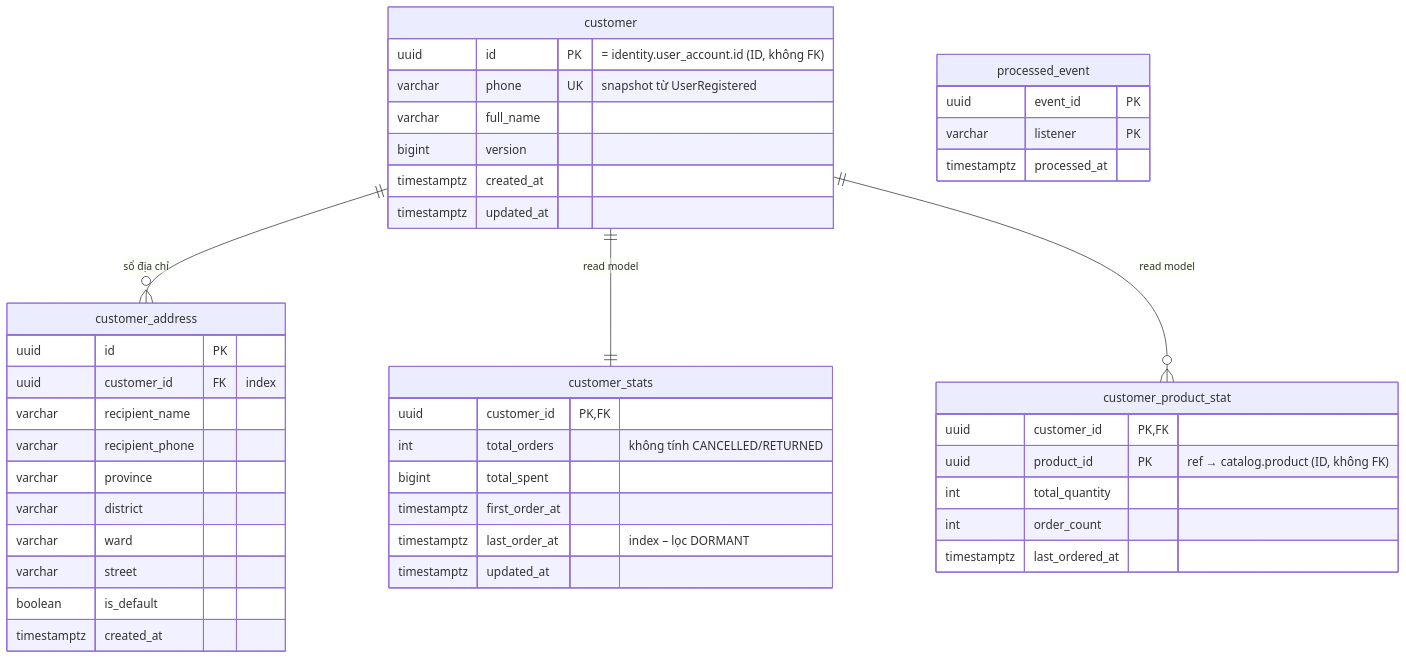
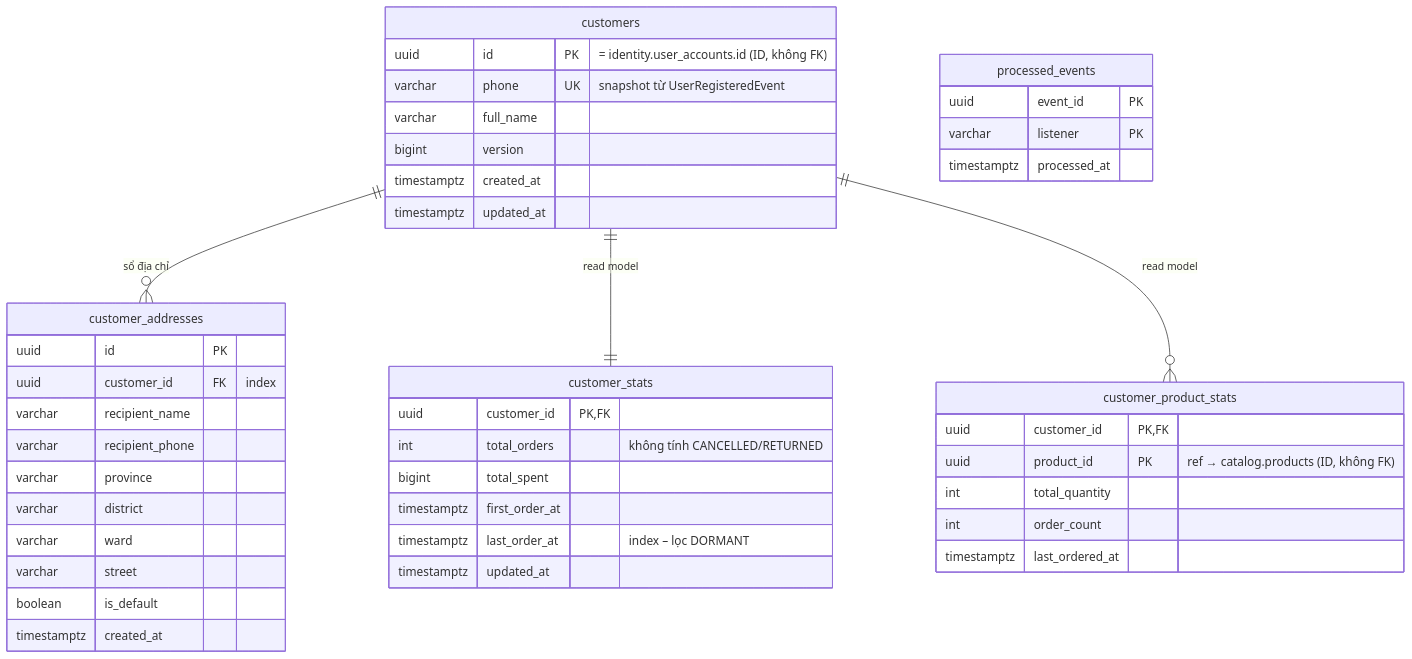
Before and after one commit to Vietnguyen203/Hwingroupweb: the fourth of 6 diagrams in docs/02-erd.md, drawn with Mermaid. The commit also changed other lines of this file and 415 other files, not shown here.

````diff
--- a/docs/02-erd.md
+++ b/docs/02-erd.md
@@ -271,51 +271,51 @@
 ```mermaid
 erDiagram
-    customer ||--o{ customer_address : "sổ địa chỉ"
-    customer ||--|| customer_stats : "read model"
-    customer ||--o{ customer_product_stat : "read model"
+    customers ||--o{ customer_addresses : "sổ địa chỉ"
+    customers ||--|| customer_stats : "read model"
+    customers ||--o{ customer_product_stats : "read model"
 
-    customer {
-        uuid id PK "= identity.user_account.id (ID, không FK)"
-        varchar phone UK "snapshot từ UserRegistered"
+    customers {
+        uuid id PK "= identity.user_accounts.id (ID, không FK)"
+        varchar phone UK "snapshot từ UserRegisteredEvent"
         varchar full_name
         bigint version
         timestamptz created_at
         timestamptz updated_at
     }
 
-    customer_address {
+    customer_addresses {
         uuid id PK
         uuid customer_id FK "index"
         varchar recipient_name
         varchar recipient_phone
         varchar province
         varchar district
         varchar ward
         varchar street
         boolean is_default
         timestamptz created_at
     }
 
     customer_stats {
         uuid customer_id PK, FK
         int total_orders "không tính CANCELLED/RETURNED"
         bigint total_spent
         timestamptz first_order_at
         timestamptz last_order_at "index – lọc DORMANT"
         timestamptz updated_at
     }
 
-    customer_product_stat {
+    customer_product_stats {
         uuid customer_id PK, FK
-        uuid product_id PK "ref → catalog.product (ID, không FK)"
+        uuid product_id PK "ref → catalog.products (ID, không FK)"
         int total_quantity
         int order_count
         timestamptz last_ordered_at
     }
 
-    processed_event {
+    processed_events {
         uuid event_id PK
         varchar listener PK
         timestamptz processed_at
     }
 ```
````
